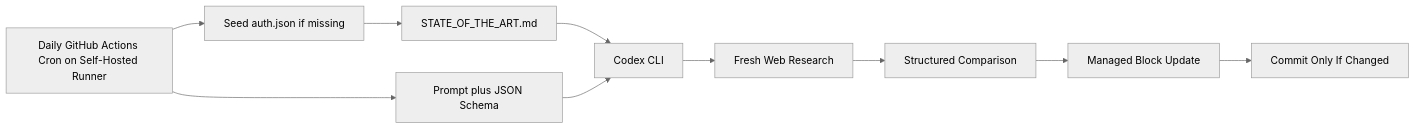
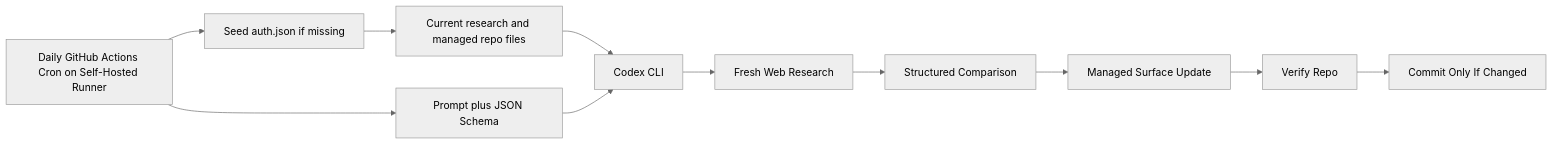
The diagram in docs/architecture/daily-state-of-the-art-refresh.mmd (rohankhanna/spec-observatory), drawn with Mermaid (neutral theme) before and after one commit. The commit also changed 17 other files, not shown here.

```diff
--- a/docs/architecture/daily-state-of-the-art-refresh.mmd
+++ b/docs/architecture/daily-state-of-the-art-refresh.mmd
@@ -1,20 +1,22 @@
 flowchart LR
     auth[Seed auth.json if missing]
-    current[STATE_OF_THE_ART.md]
+    current[Current research and managed repo files]
     prompt[Prompt plus JSON Schema]
     codex[Codex CLI]
     web[Fresh Web Research]
     compare[Structured Comparison]
-    update[Managed Block Update]
+    update[Managed Surface Update]
     ci[Daily GitHub Actions Cron on Self-Hosted Runner]
     commit[Commit Only If Changed]
+    verify[Verify Repo]
 
     ci --> auth
     auth --> current
     ci --> prompt
     current --> codex
     prompt --> codex
     codex --> web
     web --> compare
     compare --> update
-    update --> commit
+    update --> verify
+    verify --> commit
```
